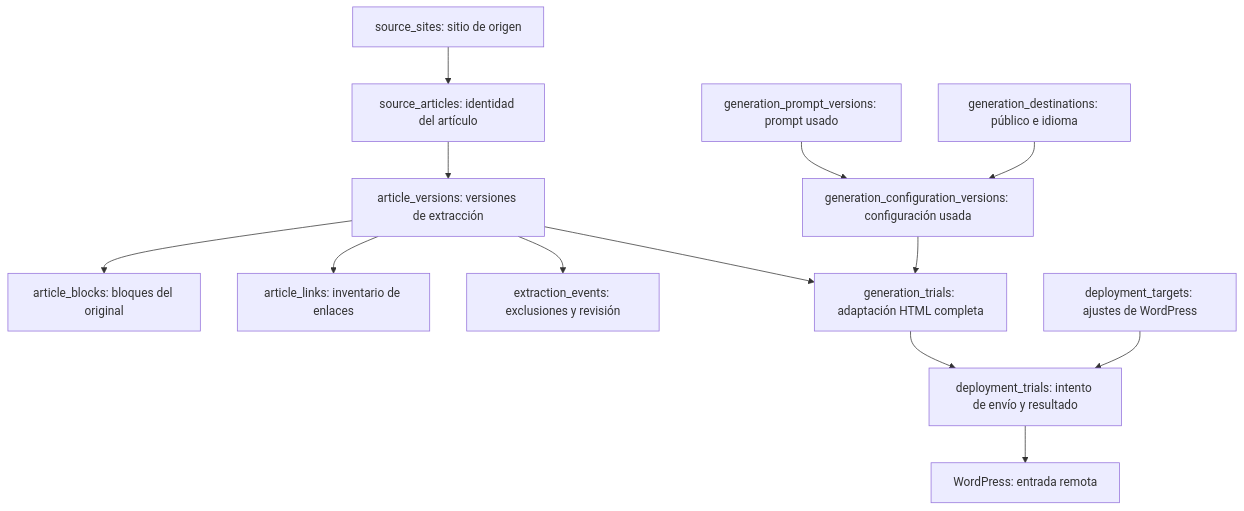
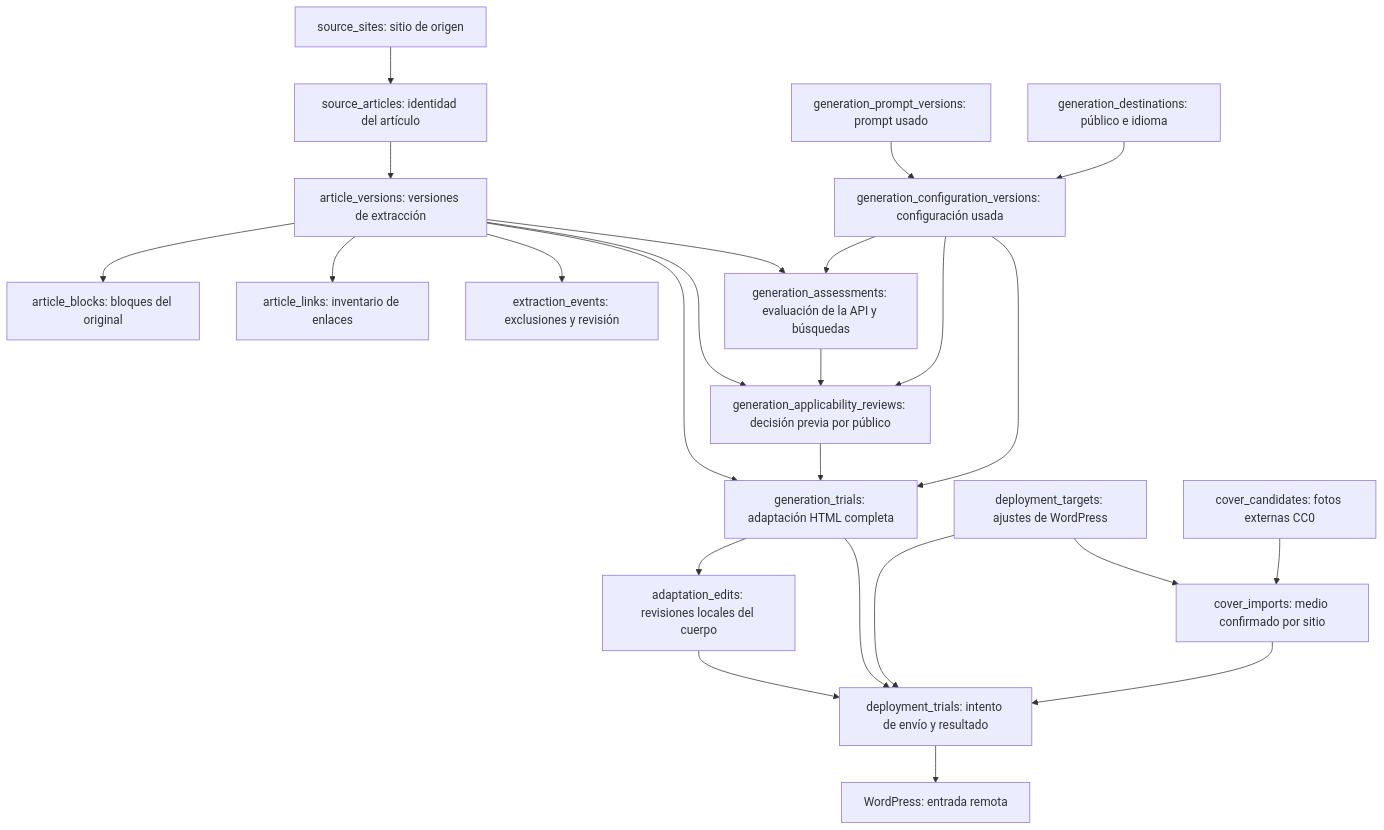
One commit to AbrahamCovelo/et-marketing-repo changed the diagram in docs/estructura-base-de-datos.md. Above: the diagram before and after it, drawn with Mermaid. The commit also changed other lines of this file and 84 other files, not shown here.

````diff
--- a/docs/estructura-base-de-datos.md
+++ b/docs/estructura-base-de-datos.md
@@ -28,15 +56,26 @@
 ```mermaid
 flowchart TD
     S["source_sites: sitio de origen"] --> A["source_articles: identidad del artículo"]
     A --> V["article_versions: versiones de extracción"]
     V --> B["article_blocks: bloques del original"]
     V --> L["article_links: inventario de enlaces"]
     V --> E["extraction_events: exclusiones y revisión"]
     V --> G["generation_trials: adaptación HTML completa"]
+    G --> ED["adaptation_edits: revisiones locales del cuerpo"]
+    V --> R["generation_applicability_reviews: decisión previa por público"]
+    V --> Q["generation_assessments: evaluación de la API y búsquedas"]
+    C --> Q
+    Q --> R
+    C --> R
+    R --> G
     C["generation_configuration_versions: configuración usada"] --> G
     P["generation_prompt_versions: prompt usado"] --> C
     D["generation_destinations: público e idioma"] --> C
     G --> W["deployment_trials: intento de envío y resultado"]
+    ED --> W
     T["deployment_targets: ajustes de WordPress"] --> W
+    I["cover_candidates: fotos externas CC0"] --> M["cover_imports: medio confirmado por sitio"]
+    T --> M
+    M --> W
     W --> WP["WordPress: entrada remota"]
 ```
````
